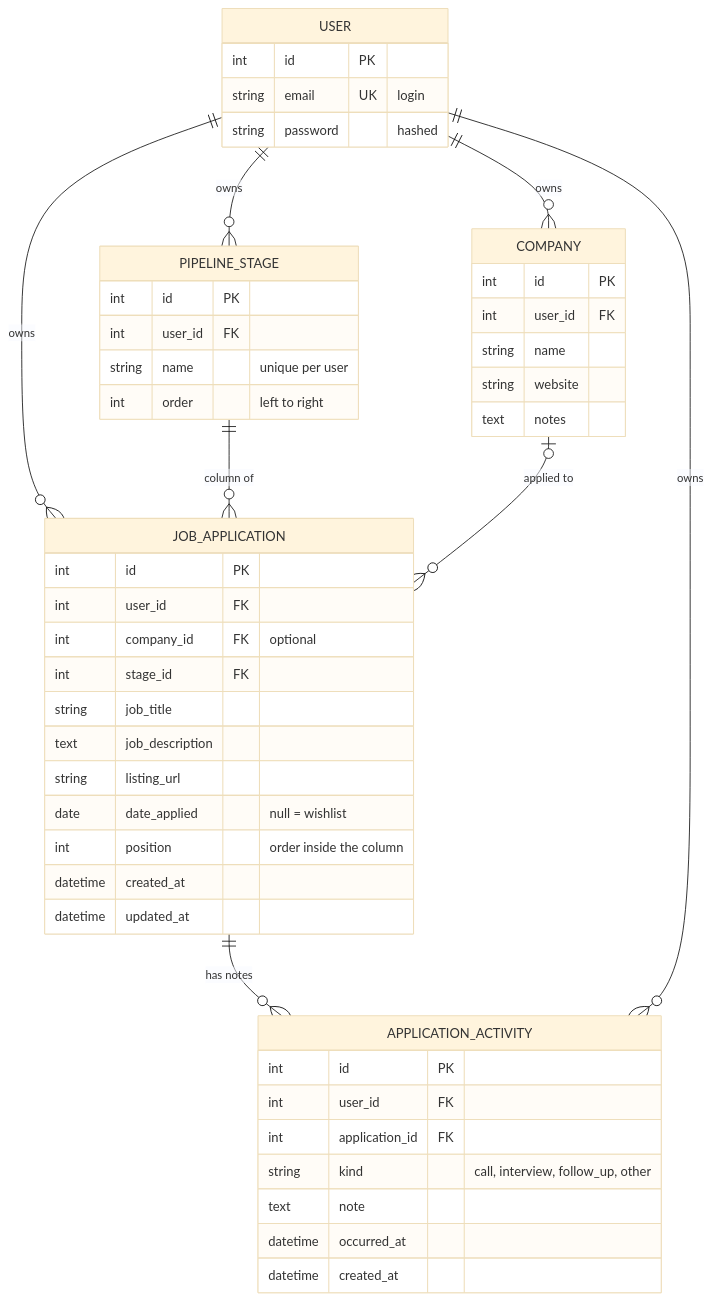
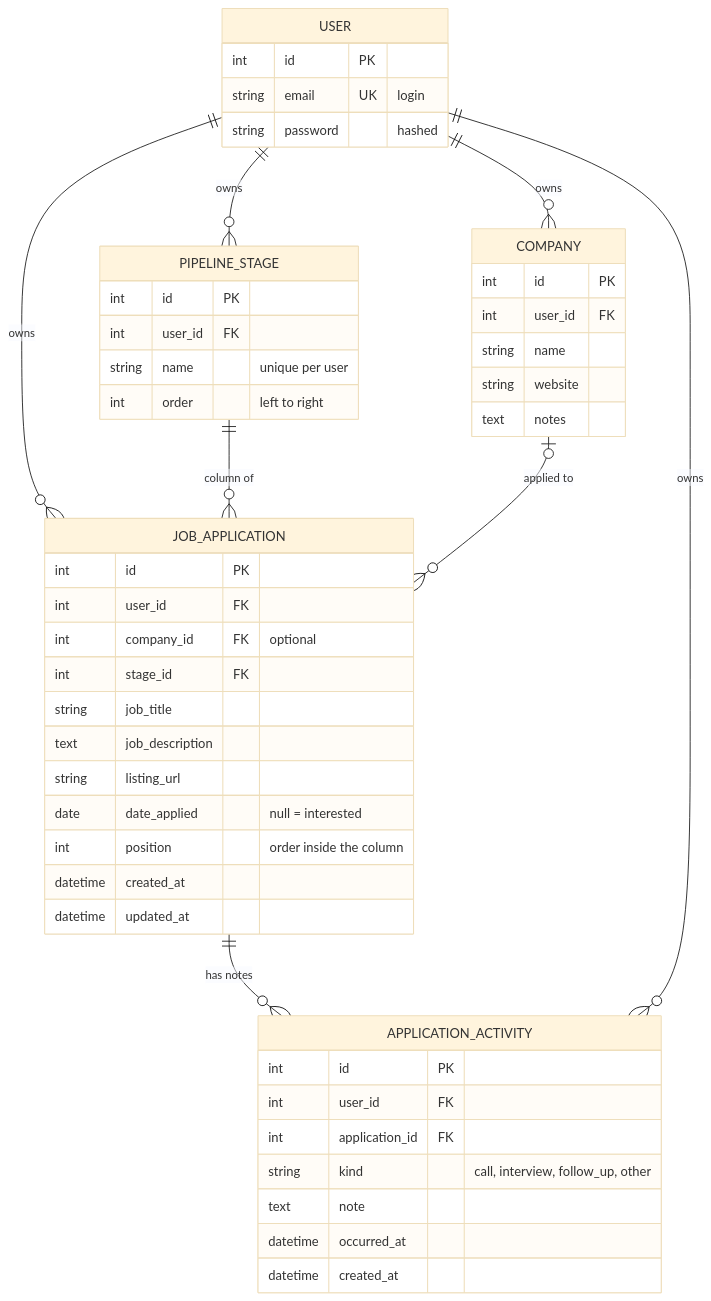
Before and after one commit to Ervzs/CareerPipeline: the second of 2 diagrams in README.md, drawn with Mermaid (base theme). The commit also changed 9 other files, not shown here.

````diff
--- a/README.md
+++ b/README.md
@@ -73,51 +73,51 @@
 ```mermaid
 erDiagram
     USER ||--o{ PIPELINE_STAGE : owns
     USER ||--o{ COMPANY : owns
     USER ||--o{ JOB_APPLICATION : owns
     PIPELINE_STAGE ||--o{ JOB_APPLICATION : "column of"
     COMPANY |o--o{ JOB_APPLICATION : "applied to"
     JOB_APPLICATION ||--o{ APPLICATION_ACTIVITY : "has notes"
     USER ||--o{ APPLICATION_ACTIVITY : owns
 
     USER {
         int id PK
         string email UK "login"
         string password "hashed"
     }
     PIPELINE_STAGE {
         int id PK
         int user_id FK
         string name "unique per user"
         int order "left to right"
     }
     COMPANY {
         int id PK
         int user_id FK
         string name
         string website
         text notes
     }
     JOB_APPLICATION {
         int id PK
         int user_id FK
         int company_id FK "optional"
         int stage_id FK
         string job_title
         text job_description
         string listing_url
-        date date_applied "null = wishlist"
+        date date_applied "null = interested"
         int position "order inside the column"
         datetime created_at
         datetime updated_at
     }
     APPLICATION_ACTIVITY {
         int id PK
         int user_id FK
         int application_id FK
         string kind "call, interview, follow_up, other"
         text note
         datetime occurred_at
         datetime created_at
     }
 ```
````
